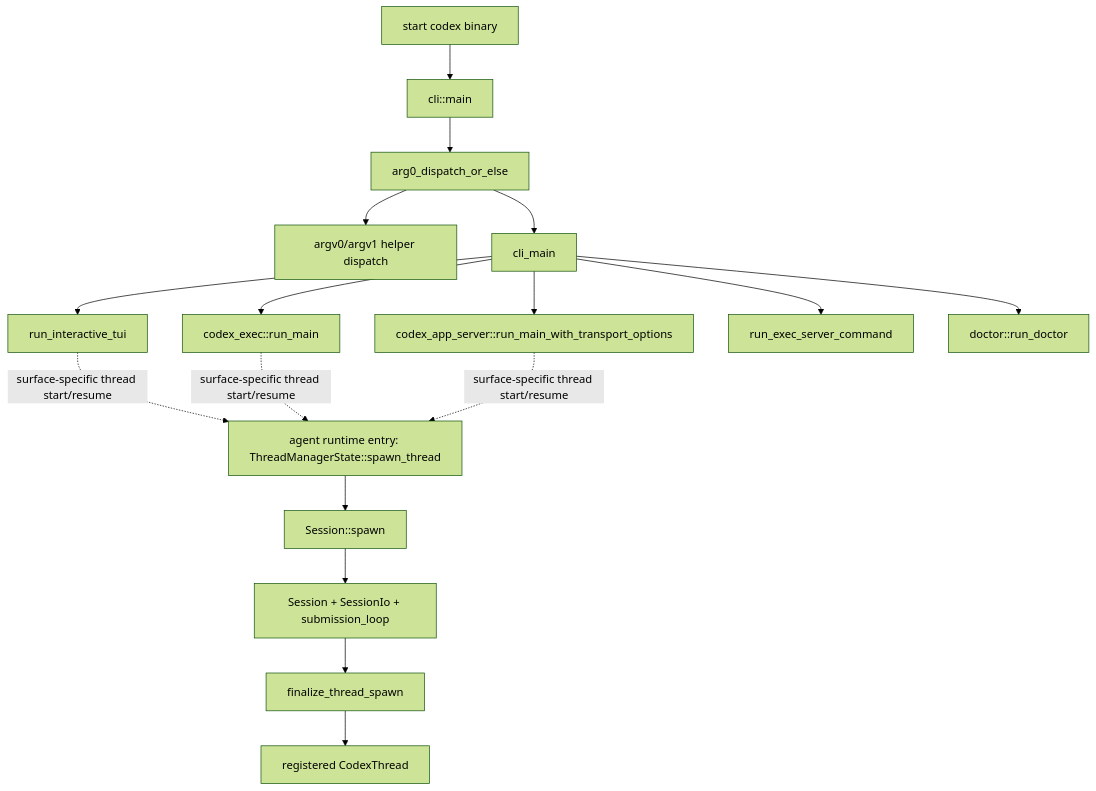
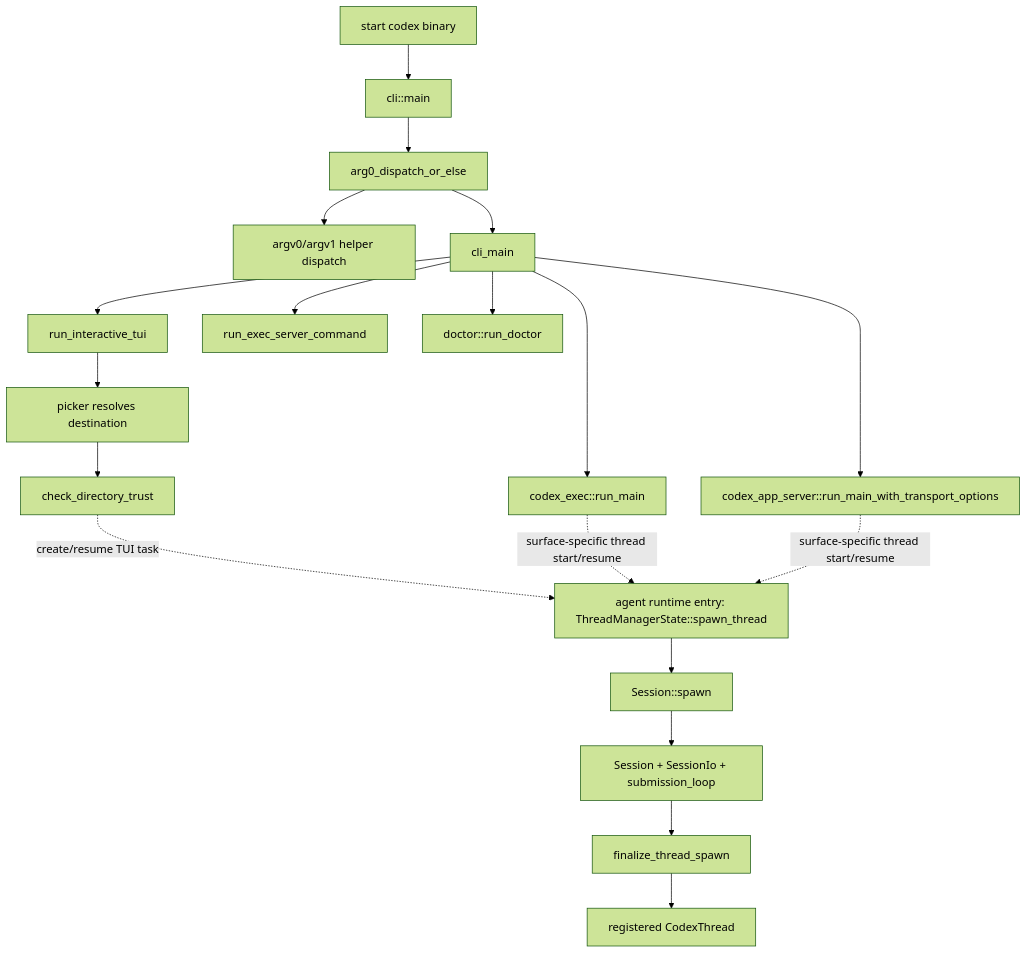
Before and after one commit to wdnmdtonyma/SOTA-Agent-LLM-Wiki: the diagram in docs/llm-wiki/codex/spine/process-lifecycle.md, drawn with Mermaid (forest theme). The commit also changed other lines of this file and 200 other files, not shown here.

````diff
--- a/docs/llm-wiki/codex/spine/process-lifecycle.md
+++ b/docs/llm-wiki/codex/spine/process-lifecycle.md
@@ -23,20 +24,22 @@
 ```mermaid
 flowchart TD
     OS["start codex binary"] --> MAIN["cli::main"]
     MAIN --> ARG0["arg0_dispatch_or_else"]
     ARG0 --> ALIAS["argv0/argv1 helper dispatch"]
     ARG0 --> CLI["cli_main"]
     CLI --> TUI["run_interactive_tui"]
     CLI --> EXEC["codex_exec::run_main"]
     CLI --> APP["codex_app_server::run_main_with_transport_options"]
     CLI --> EXECSERVER["run_exec_server_command"]
     CLI --> DOCTOR["doctor::run_doctor"]
+    TUI --> PICKER["picker resolves destination"]
+    PICKER --> CONSENT["check_directory_trust"]
     TM["agent runtime entry: ThreadManagerState::spawn_thread"]
-    TUI -. "surface-specific thread start/resume" .-> TM
+    CONSENT -. "create/resume TUI task" .-> TM
     EXEC -. "surface-specific thread start/resume" .-> TM
     APP -. "surface-specific thread start/resume" .-> TM
     TM --> SPAWN["Session::spawn"]
     SPAWN --> SESSION["Session + SessionIo + submission_loop"]
     SESSION --> FINALIZE["finalize_thread_spawn"]
     FINALIZE --> THREAD["registered CodexThread"]
 ```
````
